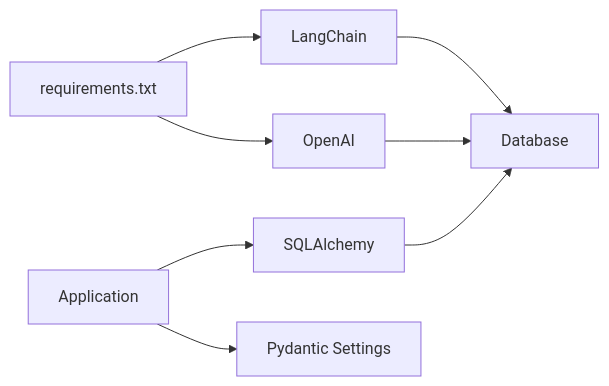
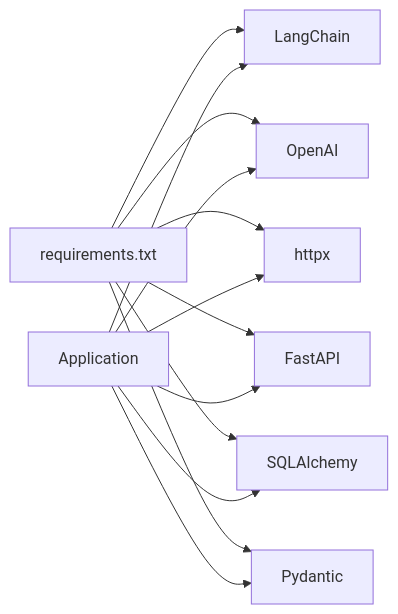
The sixth of 6 diagrams in .qoder/repowiki/en/content/Integration & Localization.md (bikinaplikasipakeqoder-dot/payroll-hris), drawn with Mermaid before and after one commit. The commit also changed other lines of this file and 22 other files, not shown here.

````diff
--- a/.qoder/repowiki/en/content/Integration & Localization.md
+++ b/.qoder/repowiki/en/content/Integration & Localization.md
@@ -301,10 +503,15 @@
 ```mermaid
 graph LR
 Req["requirements.txt"] --> LC["LangChain"]
 Req --> OA["OpenAI"]
-App["Application"] --> SQL["SQLAlchemy"]
-App --> PS["Pydantic Settings"]
-SQL --> DB["Database"]
-LC --> DB
-OA --> DB
+Req --> HTTPX["httpx"]
+Req --> FA["FastAPI"]
+Req --> SA["SQLAlchemy"]
+Req --> PY["Pydantic"]
+App["Application"] --> LC
+App --> OA
+App --> HTTPX
+App --> FA
+App --> SA
+App --> PY
 ```
````
